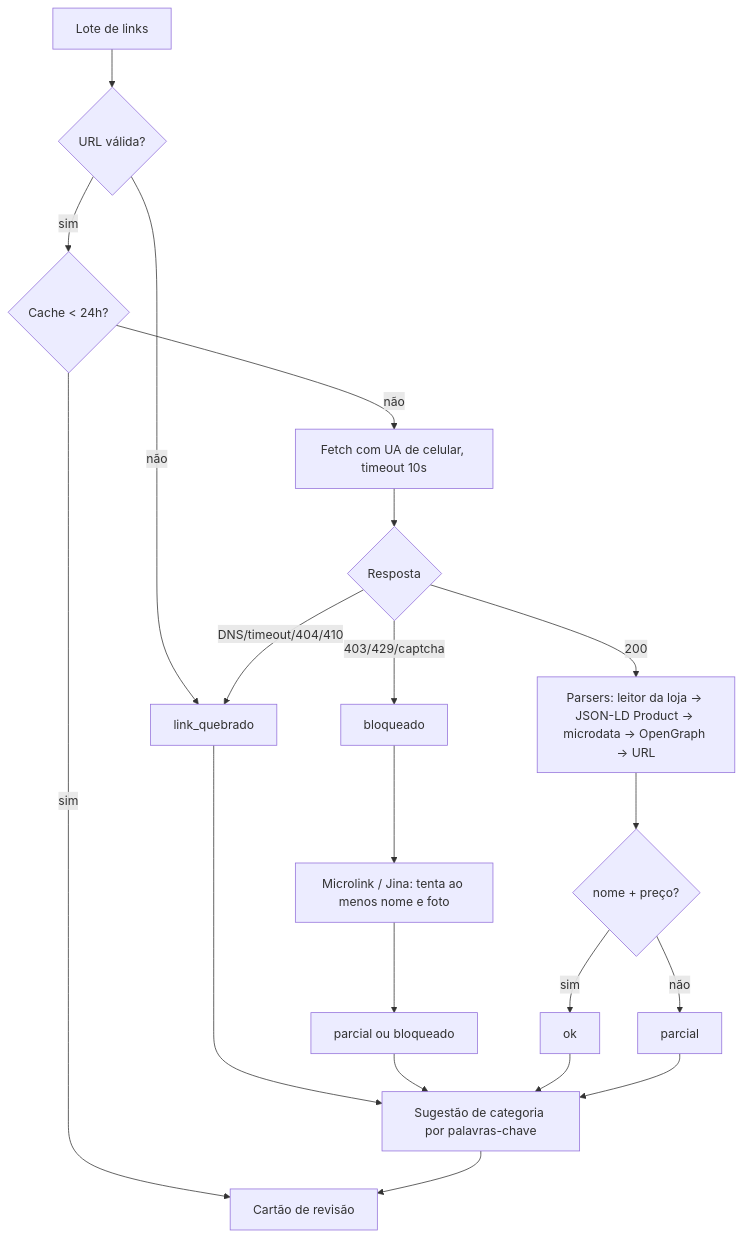
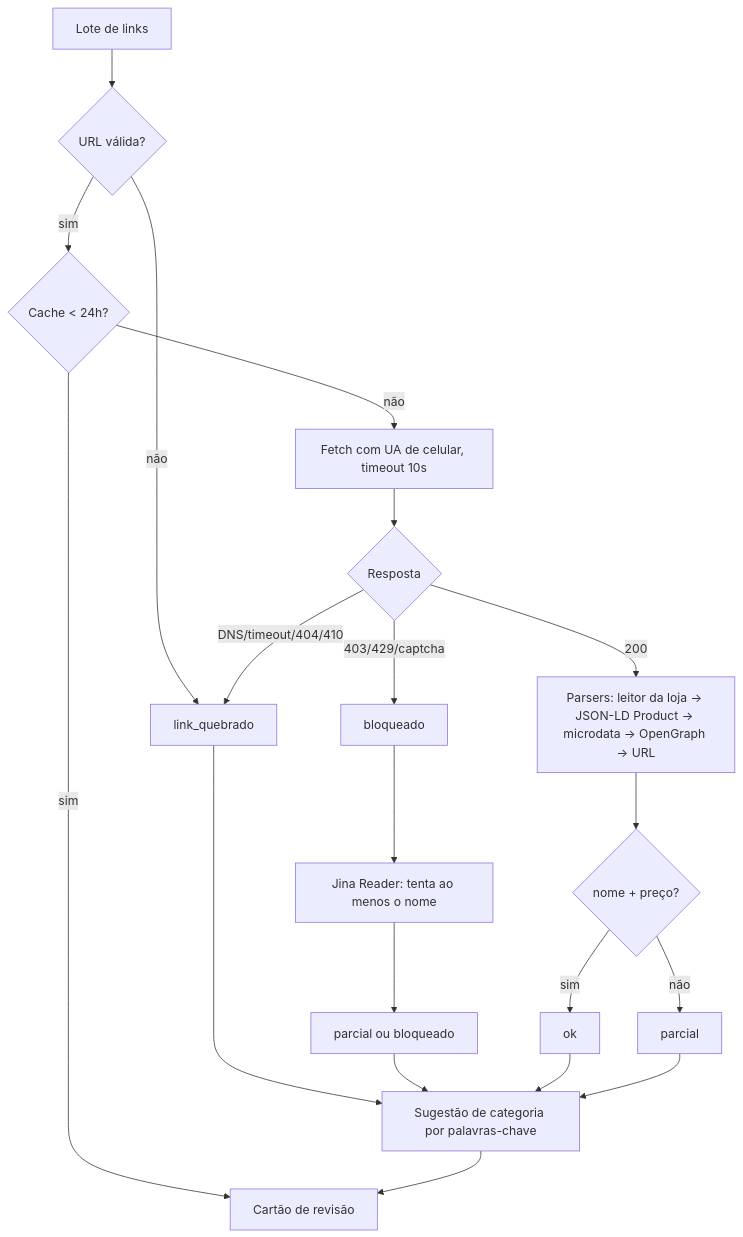
Before and after one commit to LauraPontara/love-wishlist: the third of 3 diagrams in docs/arquitetura.md, drawn with Mermaid. The commit also changed other lines of this file and 1 other file, not shown here.

Commit message:
docs: remove Microlink do pipeline na arquitetura e na ADR-008

````diff
--- a/docs/arquitetura.md
+++ b/docs/arquitetura.md
@@ -196,18 +196,18 @@
 ```mermaid
 flowchart TD
   A[Lote de links] --> V{URL válida?}
   V -- não --> Q[link_quebrado]
   V -- sim --> C{Cache < 24h?}
   C -- sim --> R[Cartão de revisão]
   C -- não --> F[Fetch com UA de celular, timeout 10s]
   F --> S{Resposta}
   S -- DNS/timeout/404/410 --> Q
   S -- 403/429/captcha --> B[bloqueado]
   S -- 200 --> P[Parsers: leitor da loja → JSON-LD Product → microdata → OpenGraph → URL]
-  B --> M[Microlink / Jina: tenta ao menos nome e foto]
+  B --> M[Jina Reader: tenta ao menos o nome]
   M --> P2[parcial ou bloqueado]
   P --> K{nome + preço?}
   K -- sim --> OK[ok]
   K -- não --> PA[parcial]
   Q & P2 & OK & PA --> CAT[Sugestão de categoria por palavras-chave] --> R
 ```
````
